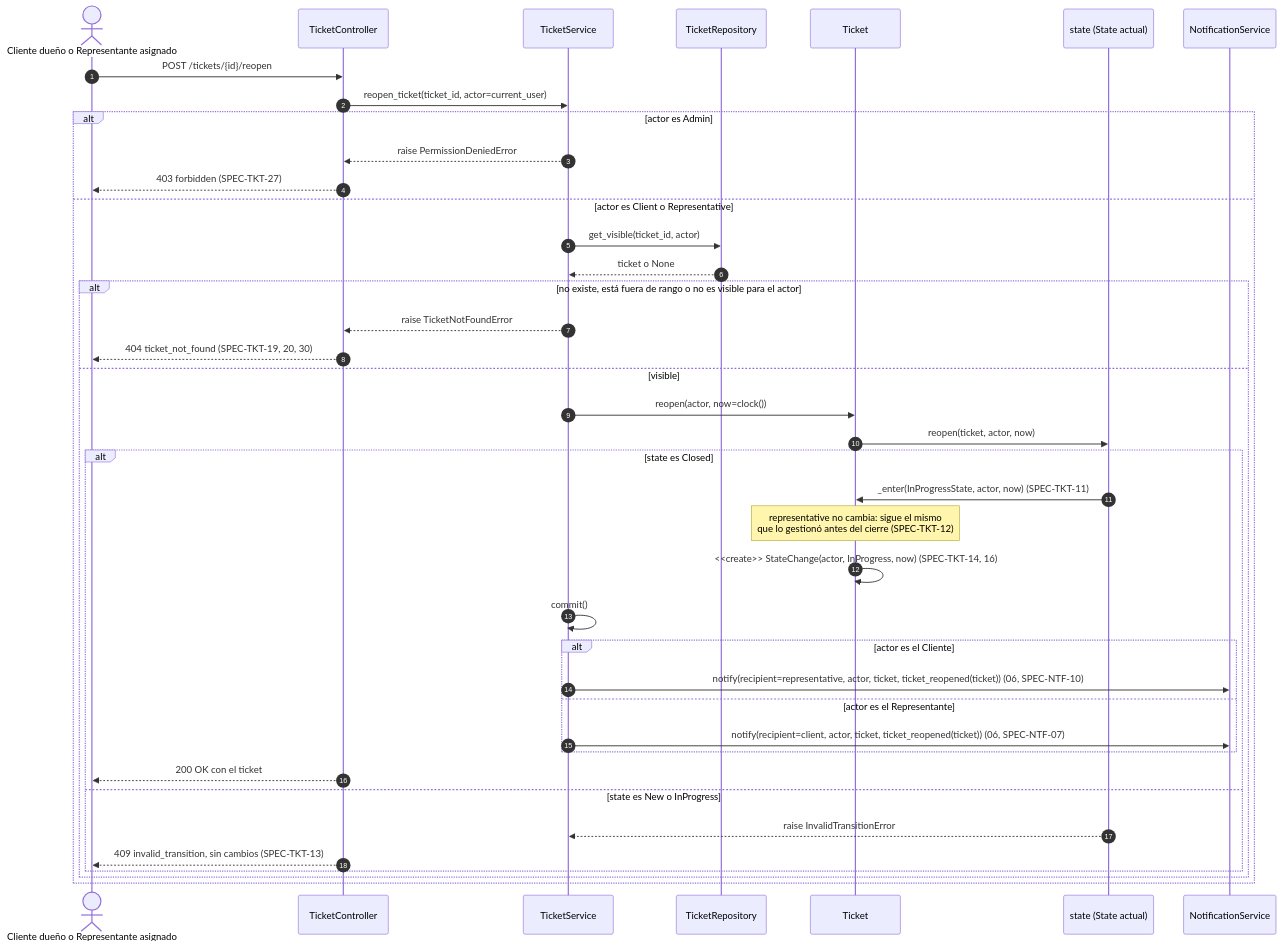
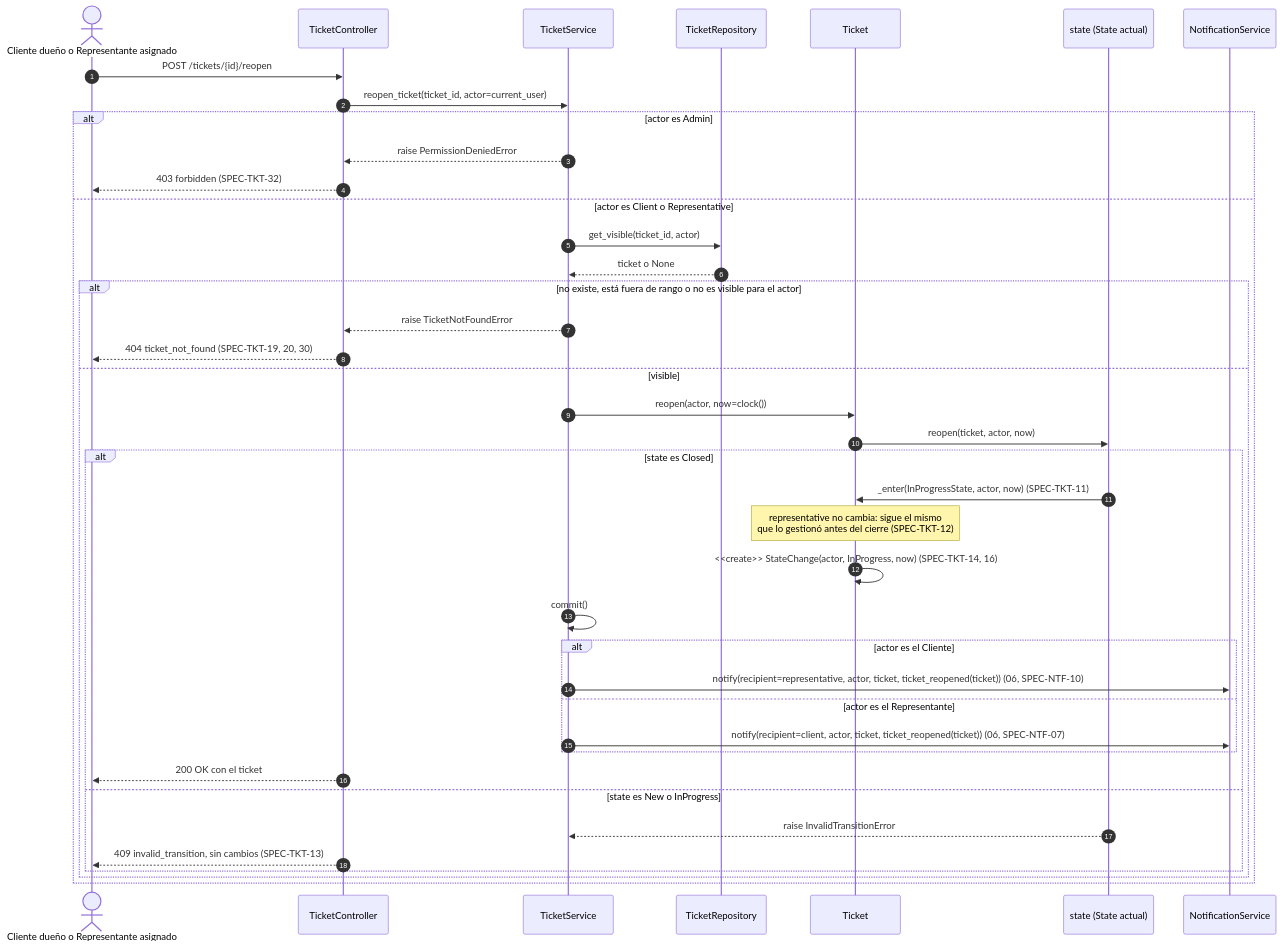
Before and after one commit to Diazfe-dev/AyED-III-python-ticket-service: the third of 6 diagrams in diagrams/sequences/04-tickets.md, drawn with Mermaid. The commit also changed other lines of this file and 20 other files, not shown here.

````diff
--- a/diagrams/sequences/04-tickets.md
+++ b/diagrams/sequences/04-tickets.md
@@ -117,43 +117,43 @@
 ```mermaid
 sequenceDiagram
     autonumber
     actor U as Cliente dueño o Representante asignado
     participant TC as TicketController
     participant TS as TicketService
     participant TR as TicketRepository
     participant T as Ticket
     participant S as state (State actual)
     participant NS as NotificationService
 
     U->>TC: POST /tickets/{id}/reopen
     TC->>TS: reopen_ticket(ticket_id, actor=current_user)
     alt actor es Admin
         TS-->>TC: raise PermissionDeniedError
-        TC-->>U: 403 forbidden (SPEC-TKT-27)
+        TC-->>U: 403 forbidden (SPEC-TKT-32)
     else actor es Client o Representative
         TS->>TR: get_visible(ticket_id, actor)
         TR-->>TS: ticket o None
         alt no existe, está fuera de rango o no es visible para el actor
             TS-->>TC: raise TicketNotFoundError
             TC-->>U: 404 ticket_not_found (SPEC-TKT-19, 20, 30)
         else visible
             TS->>T: reopen(actor, now=clock())
             T->>S: reopen(ticket, actor, now)
             alt state es Closed
                 S->>T: _enter(InProgressState, actor, now) (SPEC-TKT-11)
                 Note over T: representative no cambia: sigue el mismo<br/>que lo gestionó antes del cierre (SPEC-TKT-12)
                 T->>T: <<create>> StateChange(actor, InProgress, now) (SPEC-TKT-14, 16)
                 TS->>TS: commit()
                 alt actor es el Cliente
                     TS->>NS: notify(recipient=representative, actor, ticket, ticket_reopened(ticket)) (06, SPEC-NTF-10)
                 else actor es el Representante
                     TS->>NS: notify(recipient=client, actor, ticket, ticket_reopened(ticket)) (06, SPEC-NTF-07)
                 end
                 TC-->>U: 200 OK con el ticket
             else state es New o InProgress
                 S-->>TS: raise InvalidTransitionError
                 TC-->>U: 409 invalid_transition, sin cambios (SPEC-TKT-13)
             end
         end
     end
 ```
````
